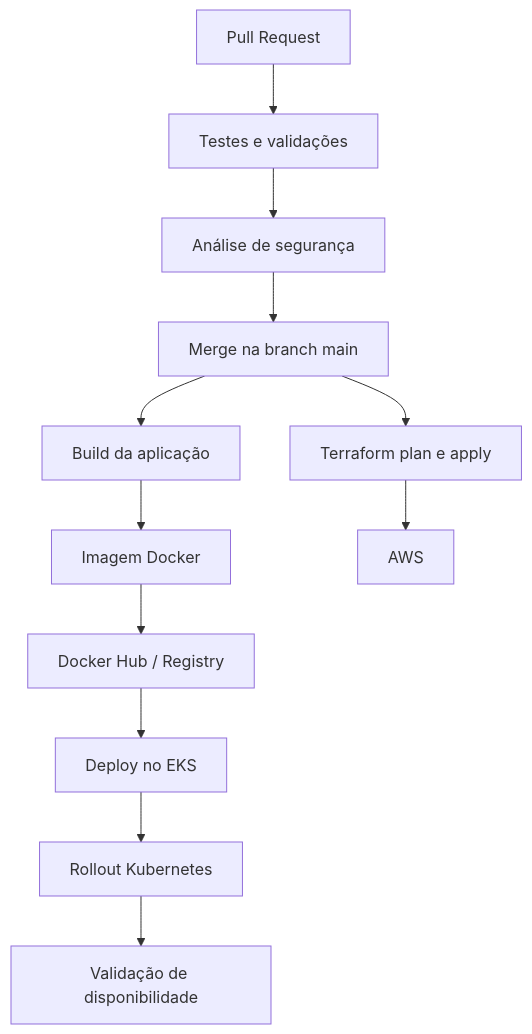
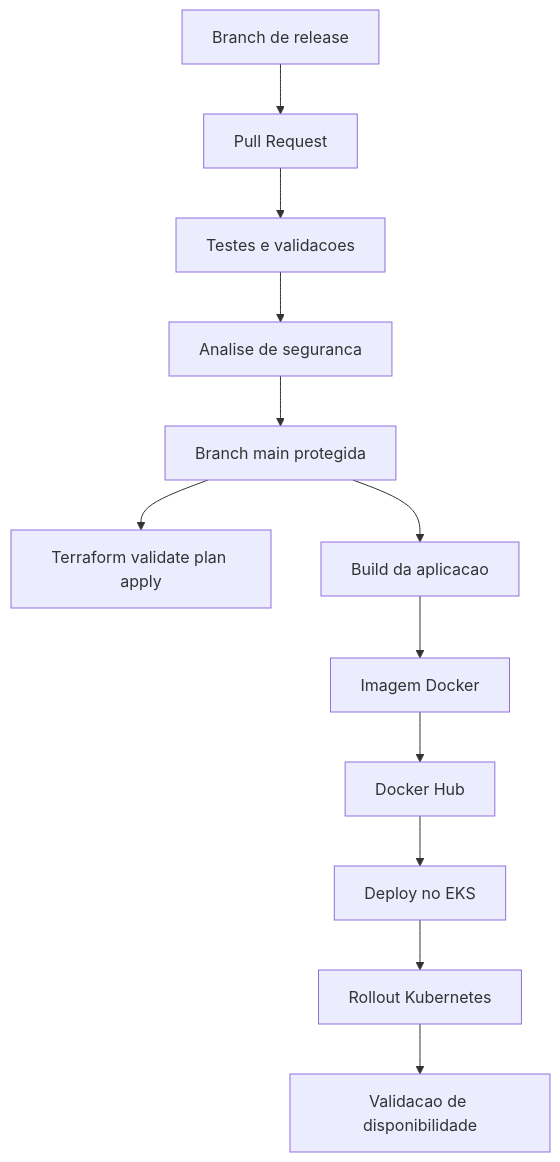
The tenth of 10 diagrams in README.md (pos-fiap-michaelhion/tc_fiap_oficina360_k8s_infra), drawn with Mermaid before and after one commit. The commit also changed other lines of this file, not shown here.

`````diff
--- a/README.md
+++ b/README.md
@@ -80,16 +333,27 @@
-````mermaid
+```mermaid
 flowchart TD
-    PR[Pull Request] --> Checks[Testes e validações]
-    Checks --> Security[Análise de segurança]
-    Security --> Main[Merge na branch main]
+    Branch[Branch de release]
+    PR[Pull Request]
+    Checks[Testes e validacoes]
+    Security[Analise de seguranca]
+    Main[Branch main protegida]
+    Terraform[Terraform validate plan apply]
+    Build[Build da aplicacao]
+    Image[Imagem Docker]
+    Registry[Docker Hub]
+    Deploy[Deploy no EKS]
+    Rollout[Rollout Kubernetes]
+    Validation[Validacao de disponibilidade]
 
-    Main --> Terraform[Terraform plan e apply]
-    Main --> Build[Build da aplicação]
-    Build --> Image[Imagem Docker]
-    Image --> Registry[Docker Hub / Registry]
-    Registry --> Deploy[Deploy no EKS]
-
-    Terraform --> AWS[AWS]
-    Deploy --> Rollout[Rollout Kubernetes]
-    Rollout --> Validation[Validação de disponibilidade]
-````
+    Branch --> PR
+    PR --> Checks
+    Checks --> Security
+    Security --> Main
+    Main --> Terraform
+    Main --> Build
+    Build --> Image
+    Image --> Registry
+    Registry --> Deploy
+    Deploy --> Rollout
+    Rollout --> Validation
+```
`````
